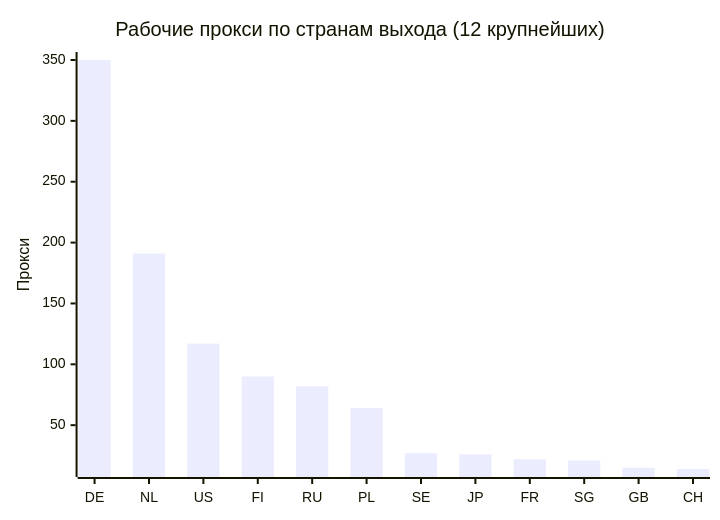
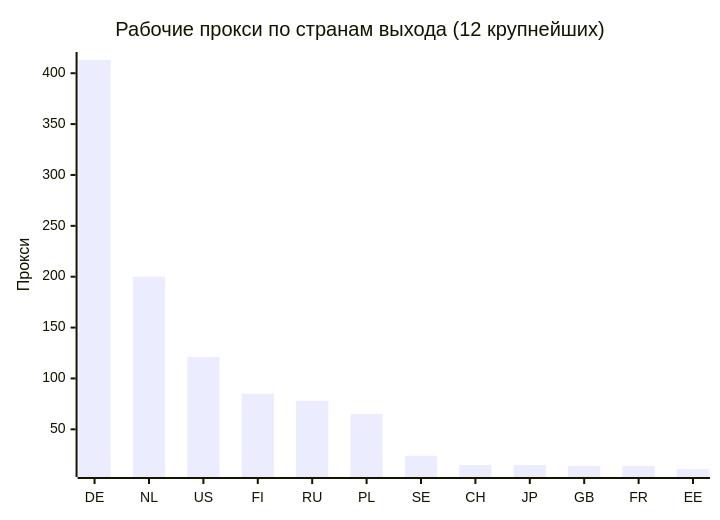
One commit to rvvg/proxy-subs changed the second of 4 diagrams in README.md. Above: the diagram before and after it, drawn with Mermaid. The commit also changed other lines of this file and 50 other files, not shown here.

````diff
--- a/README.md
+++ b/README.md
@@ -130,7 +129,7 @@
 ```mermaid
 xychart-beta
     title "Рабочие прокси по странам выхода (12 крупнейших)"
-    x-axis ["DE", "NL", "US", "FI", "RU", "PL", "SE", "JP", "FR", "SG", "GB", "CH"]
+    x-axis ["DE", "NL", "US", "FI", "RU", "PL", "SE", "CH", "JP", "GB", "FR", "EE"]
     y-axis "Прокси"
-    bar [350, 191, 117, 90, 82, 64, 27, 26, 22, 21, 15, 14]
+    bar [413, 200, 121, 85, 78, 65, 24, 15, 15, 14, 14, 11]
 ```
````
